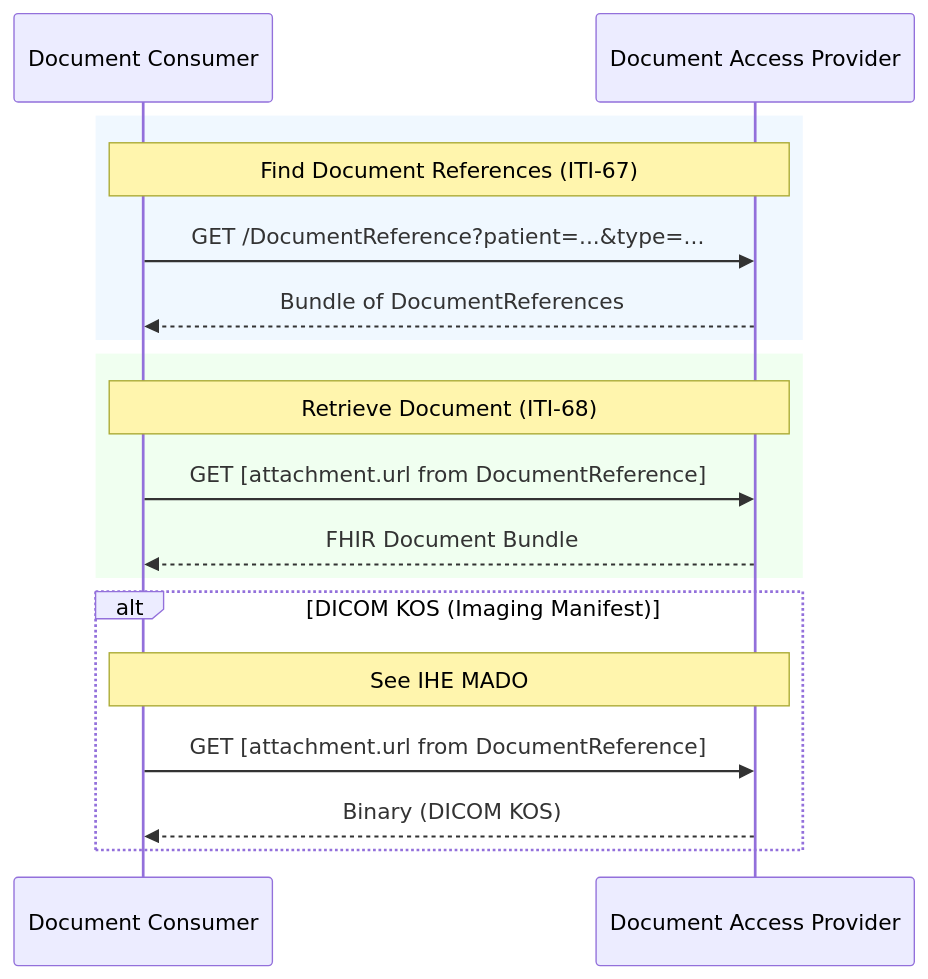
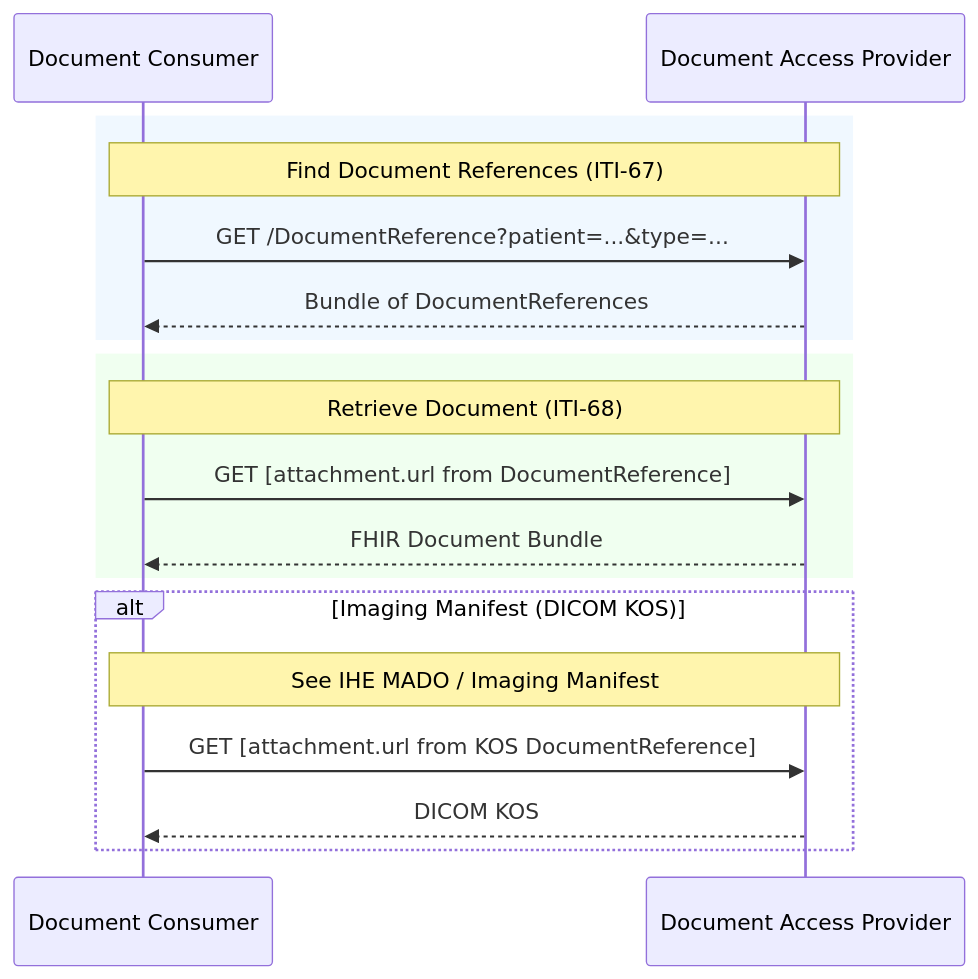
Before and after one commit to euridice-org/eu-health-data-api: the diagram in input/pagecontent/document-exchange.md, drawn with Mermaid. The commit also changed other lines of this file and 2 other files, not shown here.

Commit message:
Be specific: DICOM KOS (application/dicom) per IHE MADO, link content IGs to priority-categories page

````diff
--- a/input/pagecontent/document-exchange.md
+++ b/input/pagecontent/document-exchange.md
@@ -35,23 +35,23 @@
 ```mermaid
 sequenceDiagram
     participant Consumer as Document Consumer
     participant Provider as Document Access Provider
 
     rect rgb(240, 248, 255)
     Note over Consumer,Provider: Find Document References (ITI-67)
     Consumer->>Provider: GET /DocumentReference?patient=...&type=...
     Provider-->>Consumer: Bundle of DocumentReferences
     end
 
     rect rgb(240, 255, 240)
     Note over Consumer,Provider: Retrieve Document (ITI-68)
     Consumer->>Provider: GET [attachment.url from DocumentReference]
     Provider-->>Consumer: FHIR Document Bundle
     end
 
-    alt DICOM KOS (Imaging Manifest)
-    Note over Consumer,Provider: See IHE MADO
-    Consumer->>Provider: GET [attachment.url from DocumentReference]
-    Provider-->>Consumer: Binary (DICOM KOS)
+    alt Imaging Manifest (DICOM KOS)
+    Note over Consumer,Provider: See IHE MADO / Imaging Manifest
+    Consumer->>Provider: GET [attachment.url from KOS DocumentReference]
+    Provider-->>Consumer: DICOM KOS
     end
 ```
````
